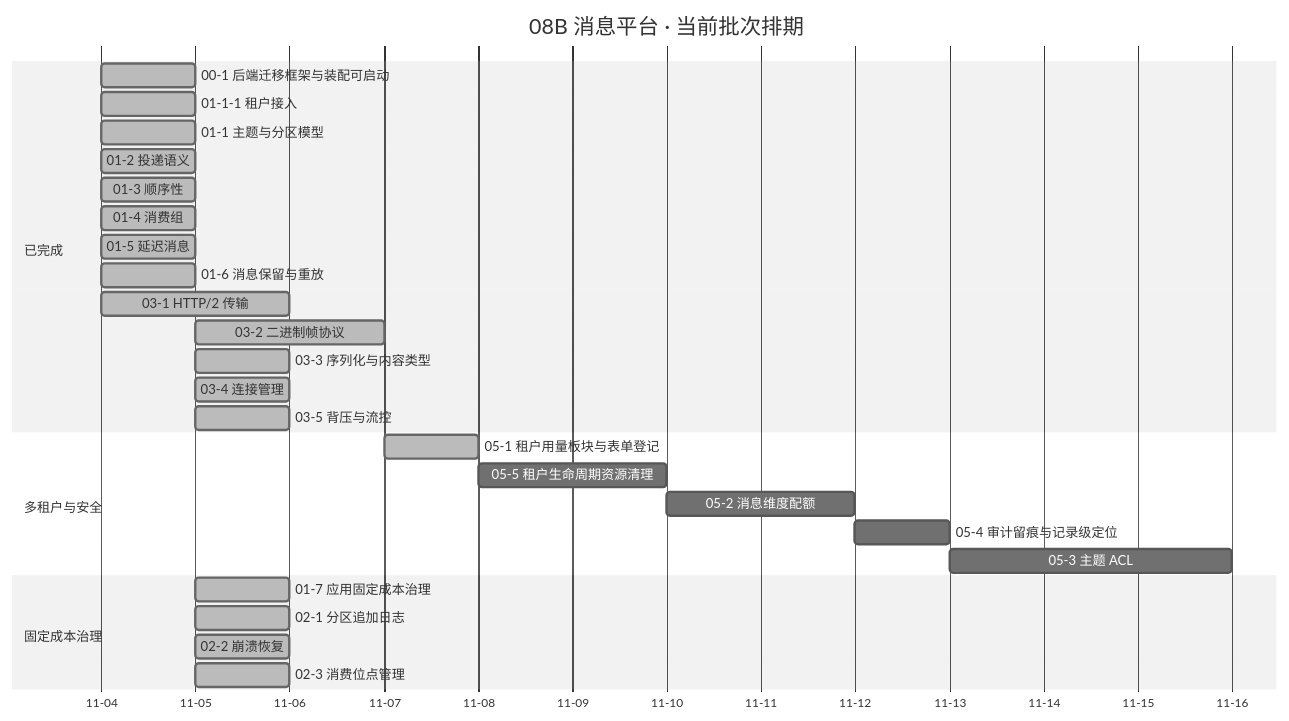
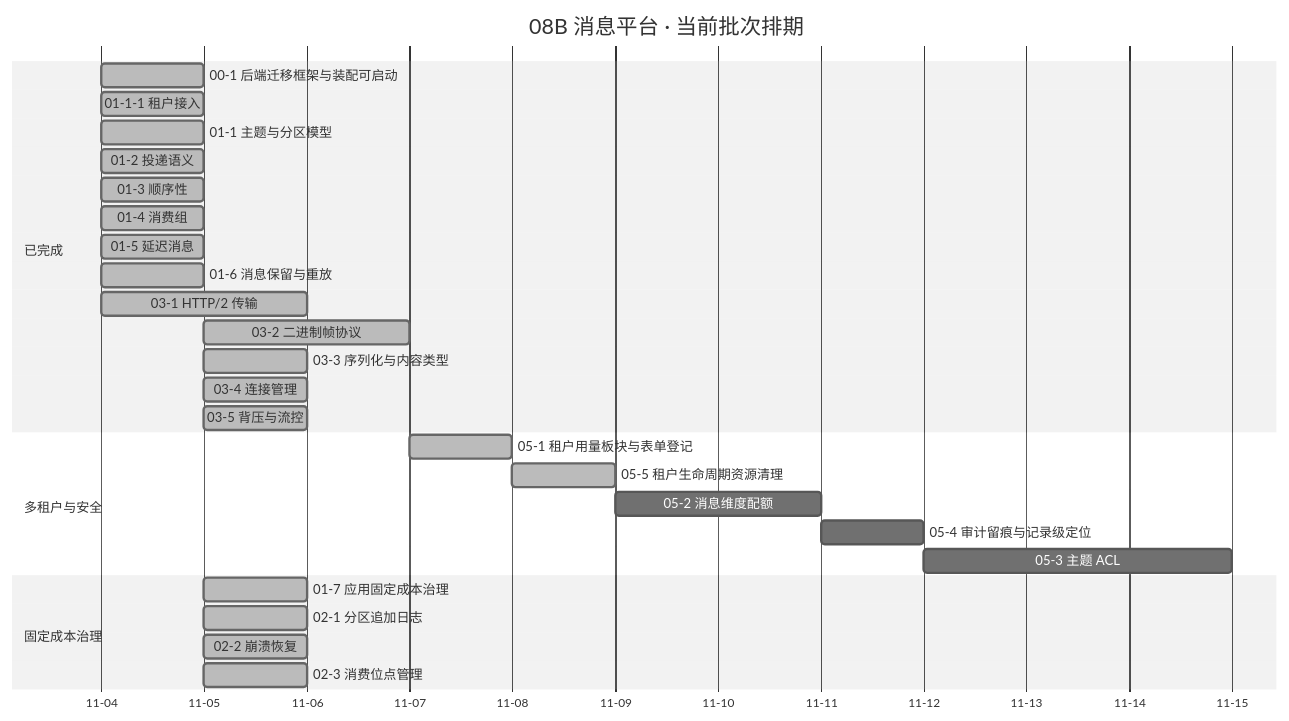
The diagram in msg文档/项目/08B_消息平台/计划/01_计划_消息平台.md (minjian123/message-platform), drawn with Mermaid (neutral theme) before and after one commit. The commit also changed other lines of this file and 7 other files, not shown here.

````diff
--- a/msg文档/项目/08B_消息平台/计划/01_计划_消息平台.md
+++ b/msg文档/项目/08B_消息平台/计划/01_计划_消息平台.md
@@ -81,32 +81,32 @@
 ```mermaid
 gantt
     title 08B 消息平台 · 当前批次排期
     %% 任务域 02：02-7 已交付（2026-11-05）、02-4/02-5 搁置（待 8B_05）；任务域 04：04-1 ~ 04-7 全部已交付不入甘特
     dateFormat YYYY-MM-DD
     axisFormat %m-%d
     section 已完成
     00-1 后端迁移框架与装配可启动 :done, d001, 2026-11-04, 1d
     01-1-1 租户接入 :done, d0111, 2026-11-04, 1d
     01-1 主题与分区模型 :done, t011, 2026-11-04, 1d
     01-2 投递语义 :done, t012, 2026-11-04, 1d
     01-3 顺序性 :done, t013, 2026-11-04, 1d
     01-4 消费组 :done, t014, 2026-11-04, 1d
     01-5 延迟消息 :done, t015, 2026-11-04, 1d
     01-6 消息保留与重放 :done, t016, 2026-11-04, 1d
     03-1 HTTP/2 传输 :done, t031, 2026-11-04, 2d
     03-2 二进制帧协议 :done, t032, 2026-11-05, 2d
     03-3 序列化与内容类型 :done, t033, 2026-11-05, 1d
     03-4 连接管理 :done, t034, 2026-11-05, 1d
     03-5 背压与流控 :done, t035, 2026-11-05, 1d
     section 多租户与安全
     05-1 租户用量板块与表单登记 :done, t051, 2026-11-07, 1d
-    05-5 租户生命周期资源清理 :t055, after t051, 2d
+    05-5 租户生命周期资源清理 :done, t055, 2026-11-08, 1d
     05-2 消息维度配额 :t052, after t055, 2d
     05-4 审计留痕与记录级定位 :t054, after t052, 1d
     05-3 主题 ACL :t053, after t054, 3d
     section 固定成本治理
     01-7 应用固定成本治理 :done, t017, 2026-11-05, 1d
     02-1 分区追加日志 :done, t021, 2026-11-05, 1d
     02-2 崩溃恢复 :done, t022, 2026-11-05, 1d
     02-3 消费位点管理 :done, t023, 2026-11-05, 1d
 ```
````
